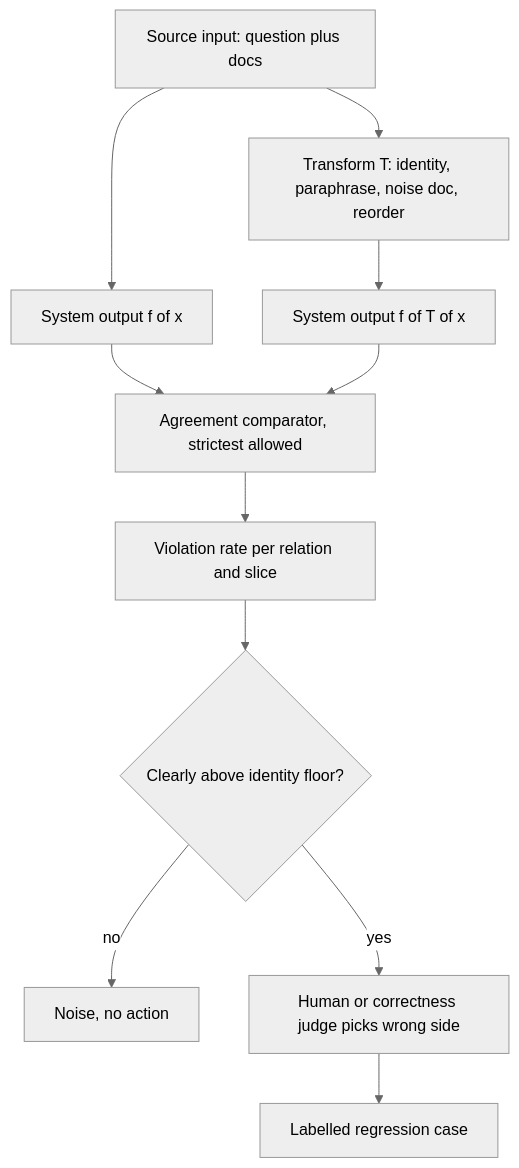
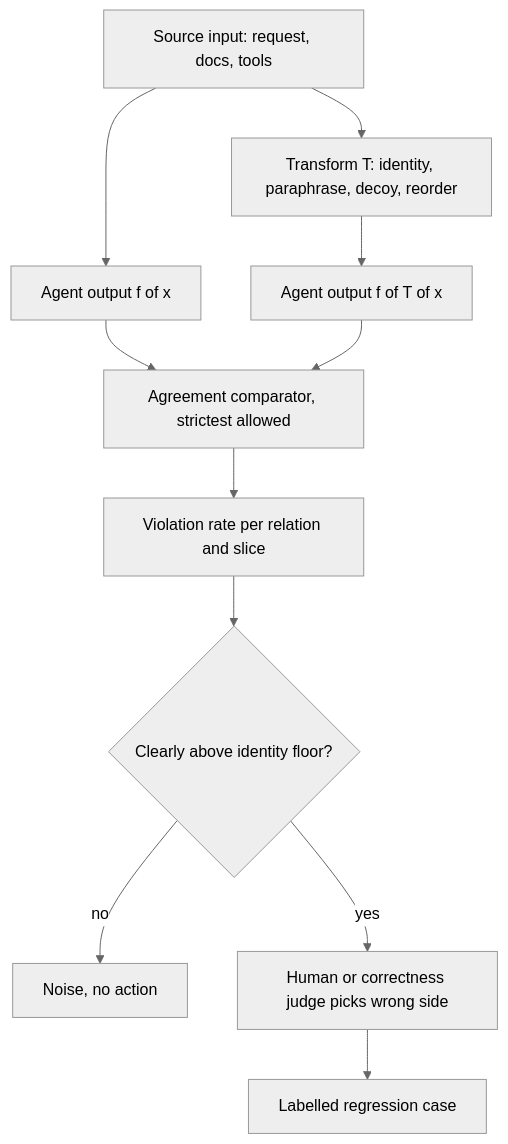
Before and after one commit to lovishmahajan97/agentic-learning: the diagram in content/evals/metamorphic-testing.md, drawn with Mermaid (neutral theme). The commit also changed other lines of this file and 266 other files, not shown here.

````diff
--- a/content/evals/metamorphic-testing.md
+++ b/content/evals/metamorphic-testing.md
@@ -114,13 +131,13 @@
 ```mermaid
 flowchart TD
-    X["Source input: question plus docs"] --> F1["System output f of x"]
-    X --> T["Transform T: identity, paraphrase, noise doc, reorder"]
-    T --> F2["System output f of T of x"]
+    X["Source input: request, docs, tools"] --> F1["Agent output f of x"]
+    X --> T["Transform T: identity, paraphrase, decoy, reorder"]
+    T --> F2["Agent output f of T of x"]
     F1 --> C["Agreement comparator, strictest allowed"]
     F2 --> C
     C --> VR["Violation rate per relation and slice"]
     VR --> FL{"Clearly above identity floor?"}
     FL -->|"no"| N["Noise, no action"]
     FL -->|"yes"| TR["Human or correctness judge picks wrong side"]
     TR --> RG["Labelled regression case"]
 ```
````
